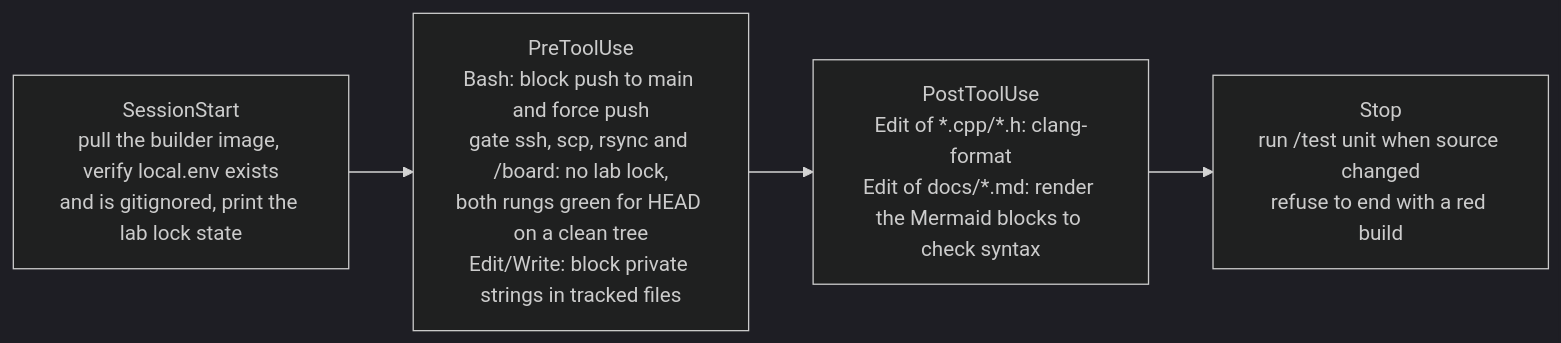
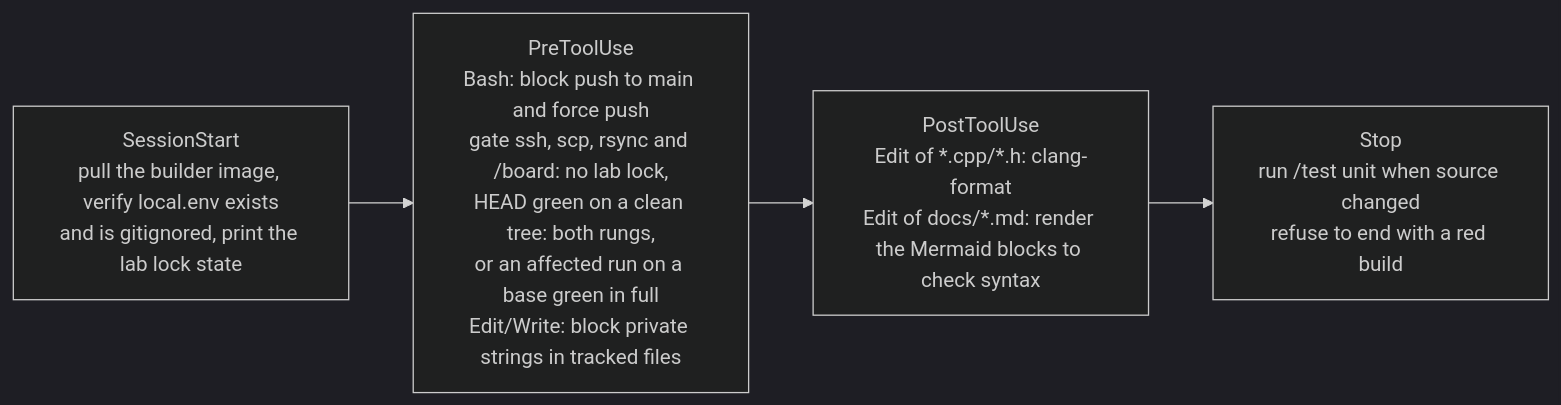
Before and after one commit to AMuszkat/bpi_amp_platform: the fourth of 6 diagrams in docs/autonomous-development.md, drawn with Mermaid (dark theme). The commit also changed other lines of this file and 18 other files, not shown here.

````diff
--- a/docs/autonomous-development.md
+++ b/docs/autonomous-development.md
@@ -254,8 +257,8 @@
 ```mermaid
 flowchart LR
     ss["SessionStart<br/>pull the builder image, verify local.env exists<br/>and is gitignored, print the lab lock state"]
-    pre["PreToolUse<br/>Bash: block push to main and force push<br/>gate ssh, scp, rsync and /board: no lab lock,<br/>both rungs green for HEAD on a clean tree<br/>Edit/Write: block private strings in tracked files"]
+    pre["PreToolUse<br/>Bash: block push to main and force push<br/>gate ssh, scp, rsync and /board: no lab lock,<br/>HEAD green on a clean tree: both rungs,<br/>or an affected run on a base green in full<br/>Edit/Write: block private strings in tracked files"]
     post["PostToolUse<br/>Edit of *.cpp/*.h: clang-format<br/>Edit of docs/*.md: render the Mermaid blocks to check syntax"]
     stop["Stop<br/>run /test unit when source changed<br/>refuse to end with a red build"]
     ss --> pre --> post --> stop
 ```
````
